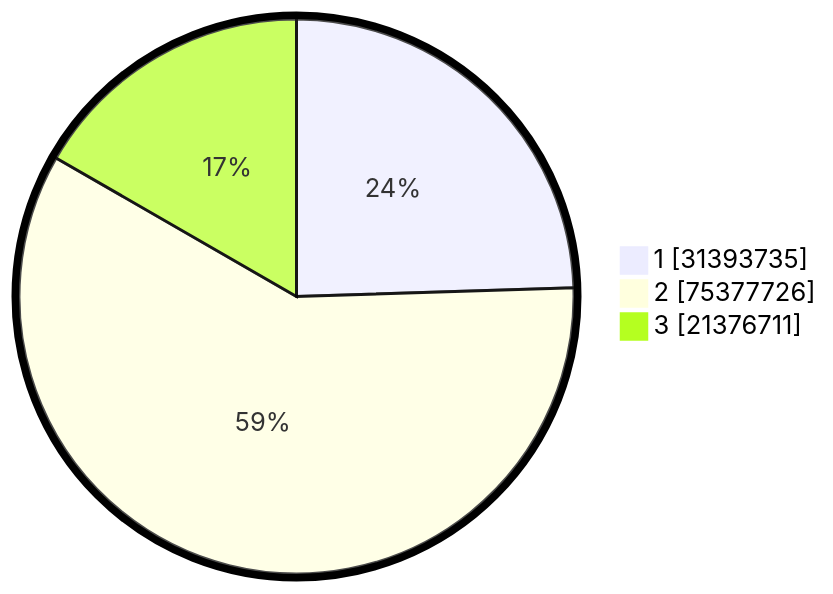
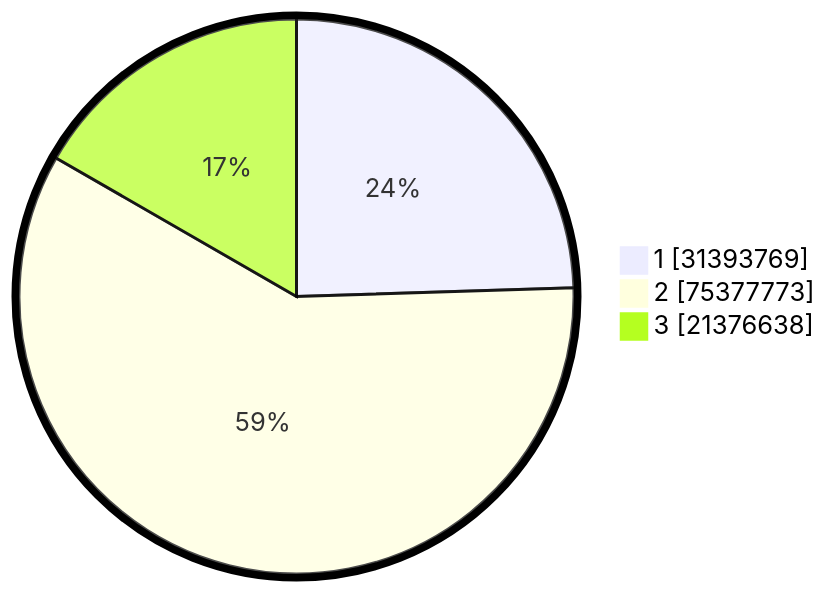
The second of 2 diagrams in pilpres/hitung-suara/README.md (gigit-pemilu/pemilu-2024), drawn with Mermaid before and after one commit. The commit also changed other lines of this file and 9 other files, not shown here.

````diff
--- a/pilpres/hitung-suara/README.md
+++ b/pilpres/hitung-suara/README.md
@@ -93,7 +93,7 @@
 ```mermaid
 %%{init: {"pie": {"textPosition": 0.5}, "themeVariables": {"pieOuterStrokeWidth": "5px"}} }%%
 pie showData
-    "1" : 31393735
-    "2" : 75377726
-    "3" : 21376711
+    "1" : 31393769
+    "2" : 75377773
+    "3" : 21376638
 ```
````
